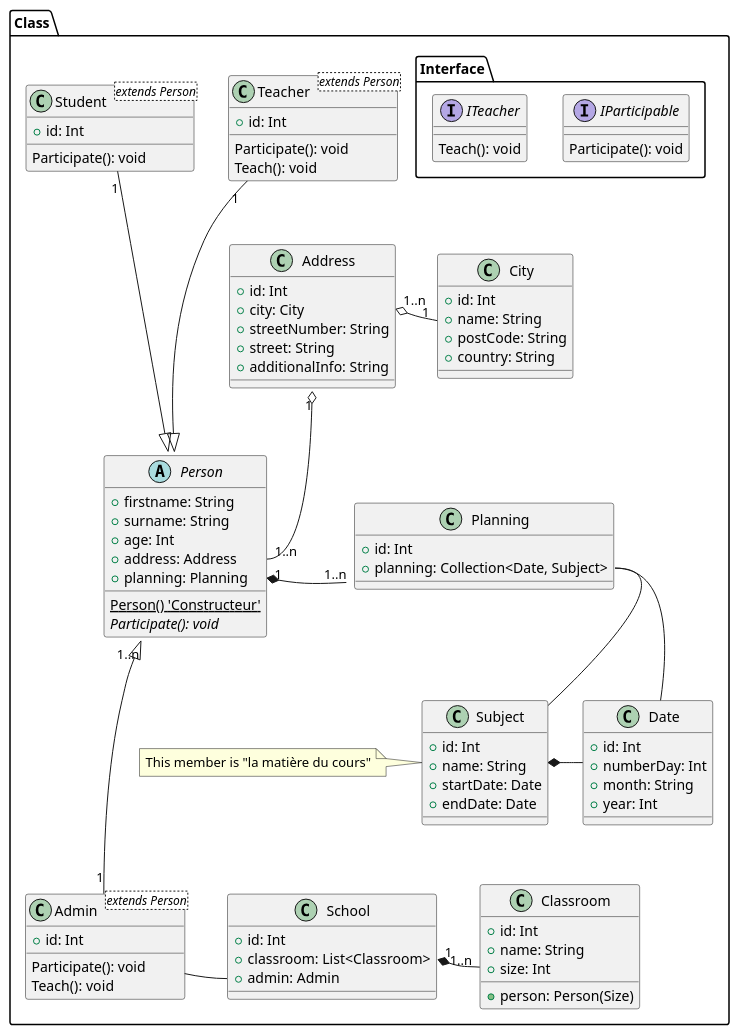
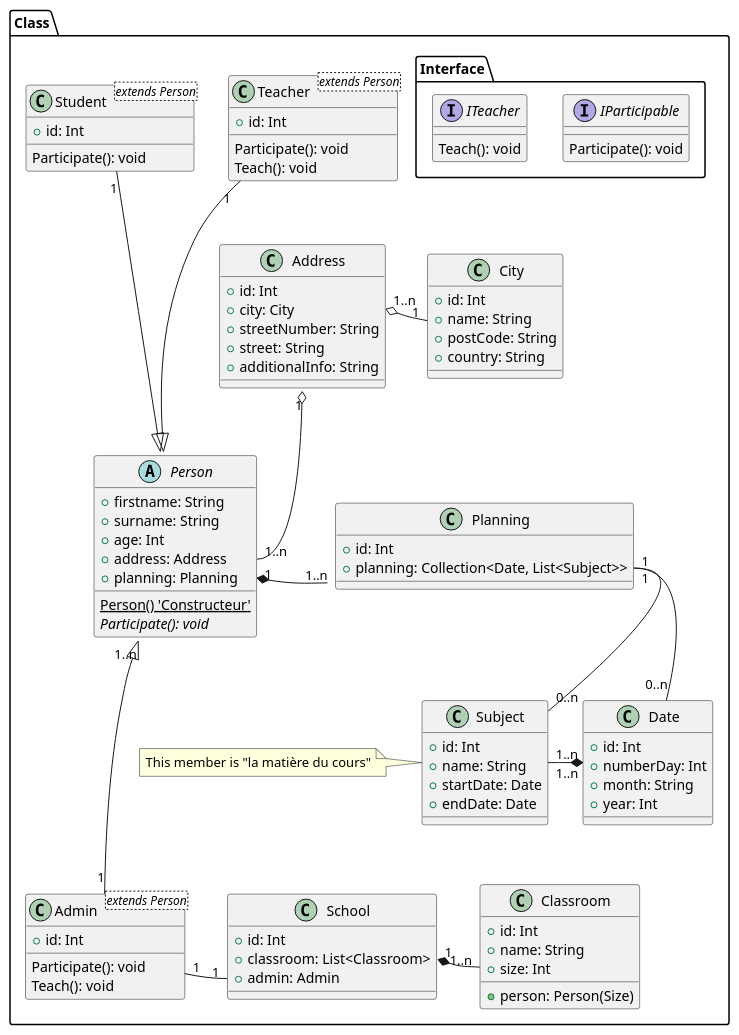
The diagram in UML/Diagram_Class.puml (KMorere/school_uml), drawn with PlantUML before and after one commit.

Commit message:
Update UML: Diagram Class PlantUML - Change link of class

```diff
--- a/UML/Diagram_Class.puml
+++ b/UML/Diagram_Class.puml
@@ -1,113 +1,113 @@
 @startuml
 
 package Class {
 
     package Interface {
         interface IParticipable {
             Participate(): void
         }
 
         interface ITeacher {
             Teach(): void
         }
     }
 
     abstract class Person {
         +firstname: String
         +surname: String
         +age: Int
         +address: Address
         +planning: Planning
         {static} Person() 'Constructeur'
         {abstract} Participate(): void
     }
 
     class Student <extends Person> {
         +id: Int
         {method} Participate(): void
     }
 
     class Teacher <extends Person> {
         +id: Int
         {method} Participate(): void
         {method} Teach(): void
     }
 
     class Admin <extends Person> {
         +id: Int
         {method} Participate(): void
         {method} Teach(): void
     }
 
     class Address {
         +id: Int
         +city: City
         +streetNumber: String
         +street: String
         +additionalInfo: String
     }
 
     class City {
         +id: Int
         +name: String
         +postCode: String
         +country: String
     }
 
     class School {
         +id: Int
         +classroom: List<Classroom>
         +admin: Admin
     }
 
     class Classroom {
         +id: Int
         +name: String
         +size: Int
         +person: Person(Size)
     }
 
     class Planning {
         +id: Int
-        +planning: Collection<Date, Subject>
+        +planning: Collection<Date, List<Subject>>
     }
 
     class Date {
         +id: Int
         +numberDay: Int
         +month: String
         +year: Int
     }
 
     class Subject {
         +id: Int
         +name: String
         +startDate: Date
         +endDate: Date
     }
     note left of Subject
         This member is "la matière du cours"
     end note
 }
 
 '*************Relation des classes*************
 '==> Bloc autour de Person
 Person::address "1..n" -up-o "1" Address
 Person ^-up-- "1" Student
 Person ^-up-- "1" Teacher
 Person "1..n" ^-down-- "1" Admin
 Person::planning "1" *-right-- "1..n" Planning
 '==> Bloc autour de Address
 Address::city "1..n" o-right- "1" City
 '==> Bloc autour de Admin
-School::admin -left- Admin
+School::admin "1" -left- "1" Admin
 '==> Bloc autour de School
 School::classroom "1" *-right- "1..n" Classroom
 '==> Bloc autour de Planning
-Planning::planning -down- Subject
-Planning::planning -down- Date
+Planning::planning "1" -down- "0..n" Subject
+Planning::planning "1" -down- "0..n" Date
 '==> Bloc autour de Subject
-Subject *-right- Date
+Subject "1..n" -right-* "1..n" Date
 
 
 @enduml
```
